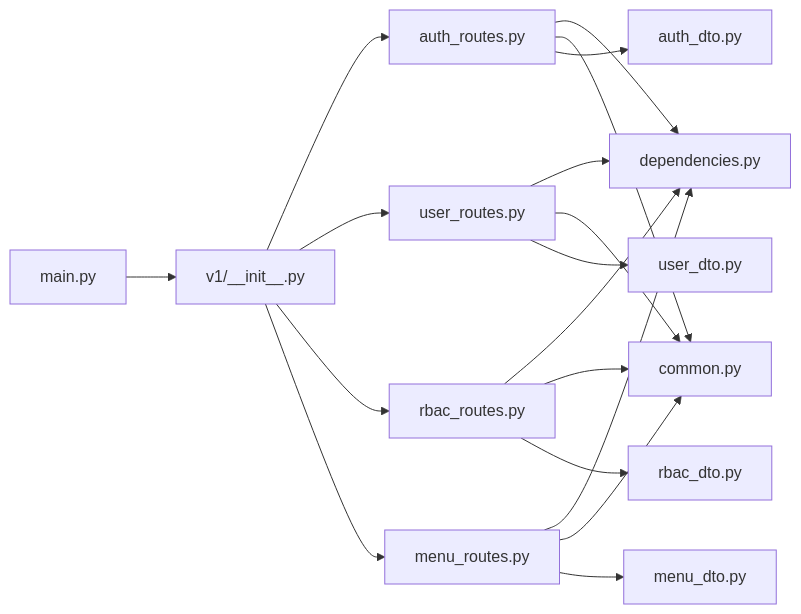
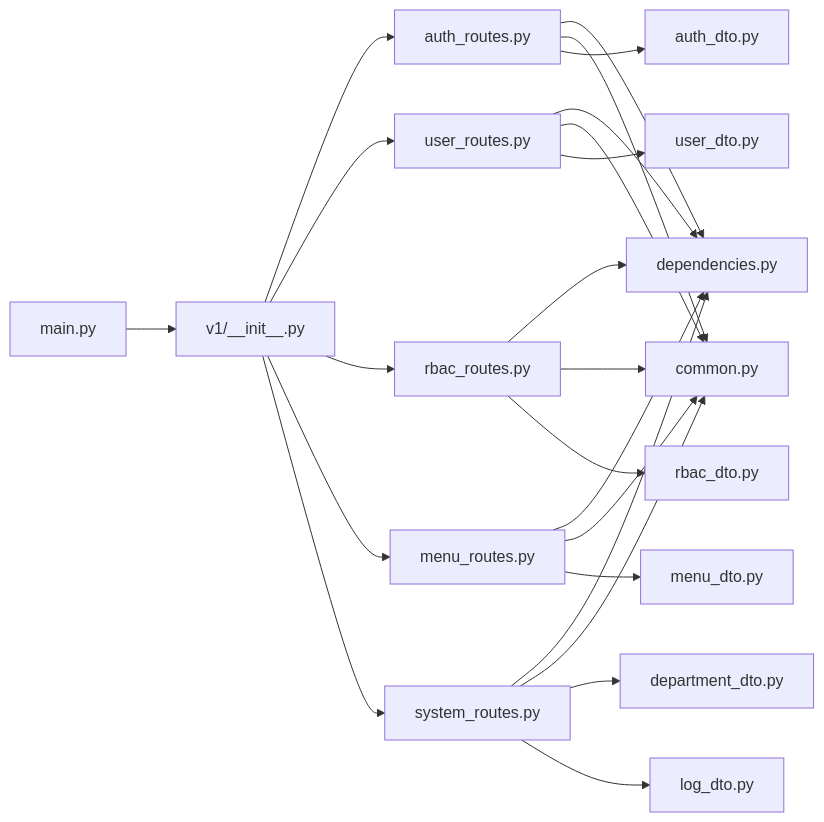
Before and after one commit to taoweidong/Hello-FastApi: the ninth of 9 diagrams in .qoder/repowiki/zh/content/后端架构设计/DDD 分层架构详解/表现层（API Routes）.md, drawn with Mermaid. The commit also changed other lines of this file and 18 other files, not shown here.

````diff
--- a/.qoder/repowiki/zh/content/后端架构设计/DDD 分层架构详解/表现层（API Routes）.md
+++ b/.qoder/repowiki/zh/content/后端架构设计/DDD 分层架构详解/表现层（API Routes）.md
@@ -381,20 +430,25 @@
 ```mermaid
 graph LR
 Auth["auth_routes.py"] --> Dep["dependencies.py"]
 User["user_routes.py"] --> Dep
 RBAC["rbac_routes.py"] --> Dep
 Menu["menu_routes.py"] --> Dep
+System["system_routes.py"] --> Dep
 Auth --> Common["common.py"]
 User --> Common
 RBAC --> Common
 Menu --> Common
+System --> Common
 Auth --> DTO_A["auth_dto.py"]
 User --> DTO_U["user_dto.py"]
 RBAC --> DTO_R["rbac_dto.py"]
 Menu --> DTO_M["menu_dto.py"]
+System --> DTO_D["department_dto.py"]
+System --> DTO_L["log_dto.py"]
 Main["main.py"] --> Sys["v1/__init__.py"]
 Sys --> Auth
 Sys --> User
 Sys --> RBAC
 Sys --> Menu
+Sys --> System
 ```
````
